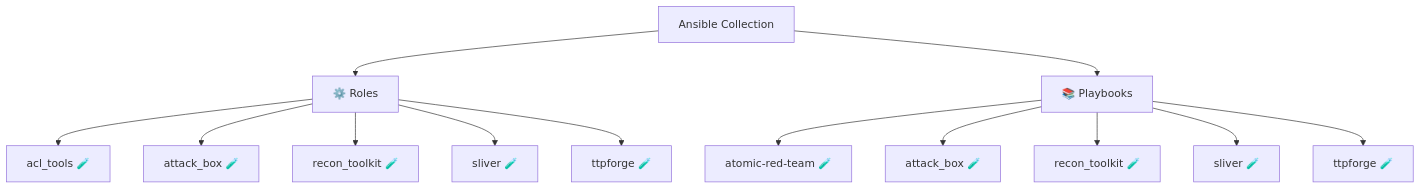
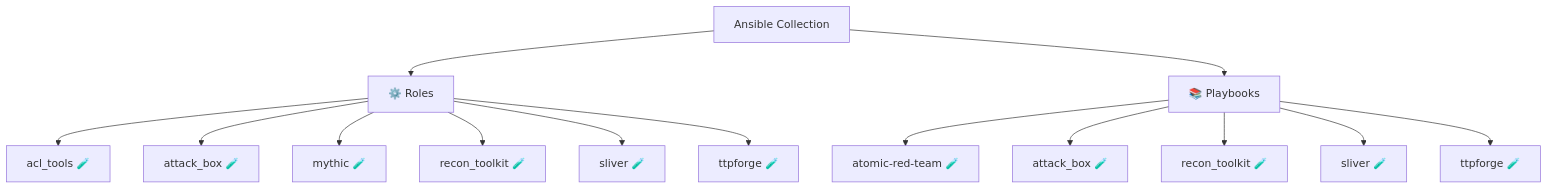
The diagram in README.md (l50/ansible-collection-arsenal), drawn with Mermaid before and after one commit. The commit also changed other lines of this file and 1 other file, not shown here.

Commit message:
chore: remove outdated comment from acl_tools defaults
**Changed:**

- Removed misleading comments about `--break-system-packages` and Ares wiring from `acl_tools_pip_break_system_packages` variable, as the implementation no longer relies on that mechanism

````diff
--- a/README.md
+++ b/README.md
@@ -13,16 +13,17 @@
 ```mermaid
 graph TD
     Collection[Ansible Collection]
     Collection --> Roles[⚙️ Roles]
     Roles --> R0[acl_tools 🧪]
     Roles --> R1[attack_box 🧪]
-    Roles --> R2[recon_toolkit 🧪]
-    Roles --> R3[sliver 🧪]
-    Roles --> R4[ttpforge 🧪]
+    Roles --> R2[mythic 🧪]
+    Roles --> R3[recon_toolkit 🧪]
+    Roles --> R4[sliver 🧪]
+    Roles --> R5[ttpforge 🧪]
     Collection --> Playbooks[📚 Playbooks]
     Playbooks --> PB0[atomic-red-team 🧪]
     Playbooks --> PB1[attack_box 🧪]
     Playbooks --> PB2[recon_toolkit 🧪]
     Playbooks --> PB3[sliver 🧪]
     Playbooks --> PB4[ttpforge 🧪]
 ```
````
